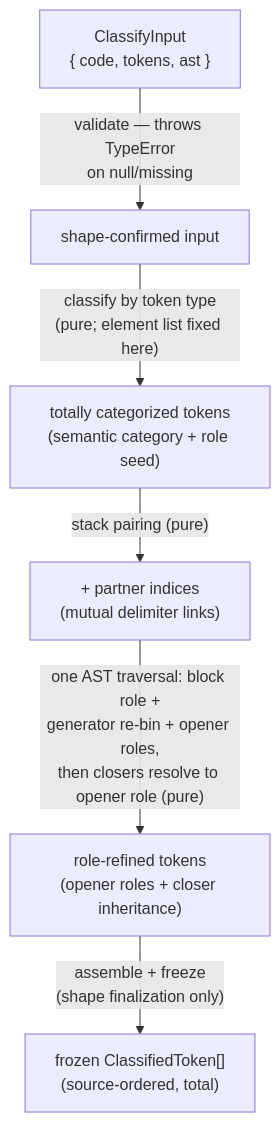
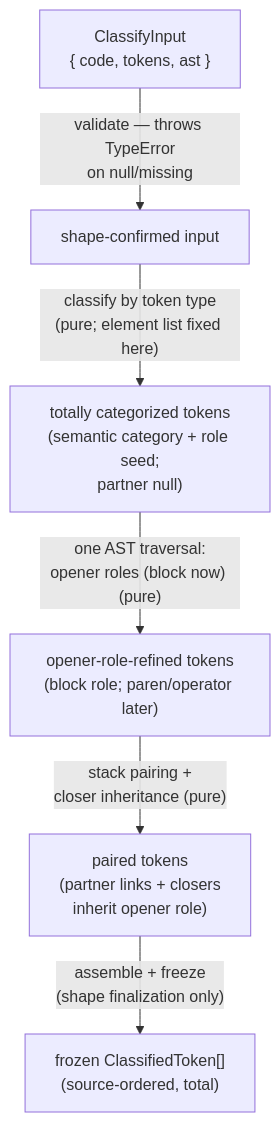
One commit to codeschoolinabox/curricula changed the diagram in src/lib/study-lenses/lib/classifying/DOCS.md. Above: the diagram before and after it, drawn with Mermaid. The commit also changed other lines of this file and 2 other files, not shown here.

````diff
--- a/src/lib/study-lenses/lib/classifying/DOCS.md
+++ b/src/lib/study-lenses/lib/classifying/DOCS.md
@@ -82,15 +81,15 @@
 ```mermaid
 flowchart TD
     In["ClassifyInput<br/>{ code, tokens, ast }"]
     Shaped["shape-confirmed input"]
-    Seeded["totally categorized tokens<br/>(semantic category + role seed)"]
-    Paired["+ partner indices<br/>(mutual delimiter links)"]
-    Refined["role-refined tokens<br/>(opener roles + closer inheritance)"]
+    Seeded["totally categorized tokens<br/>(semantic category + role seed;<br/>partner null)"]
+    Refined["opener-role-refined tokens<br/>(block role; paren/operator later)"]
+    Paired["paired tokens<br/>(partner links + closers<br/>inherit opener role)"]
     Out["frozen ClassifiedToken[]<br/>(source-ordered, total)"]
 
     In -->|"validate — throws TypeError<br/>on null/missing"| Shaped
     Shaped -->|"classify by token type<br/>(pure; element list fixed here)"| Seeded
-    Seeded -->|"stack pairing (pure)"| Paired
-    Paired -->|"one AST traversal: block role +<br/>generator re-bin + opener roles,<br/>then closers resolve to opener role (pure)"| Refined
-    Refined -->|"assemble + freeze<br/>(shape finalization only)"| Out
+    Seeded -->|"one AST traversal:<br/>opener roles (block now) (pure)"| Refined
+    Refined -->|"stack pairing +<br/>closer inheritance (pure)"| Paired
+    Paired -->|"assemble + freeze<br/>(shape finalization only)"| Out
 ```
````
